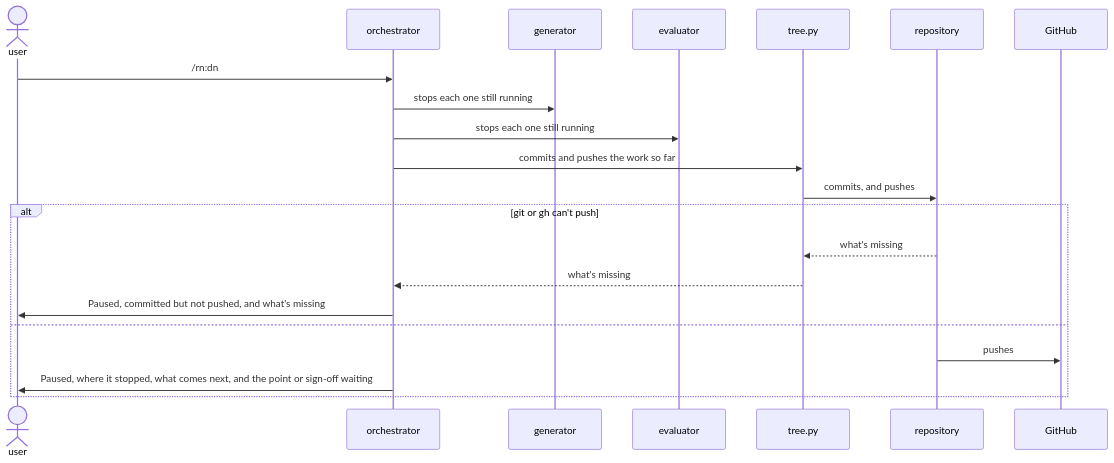
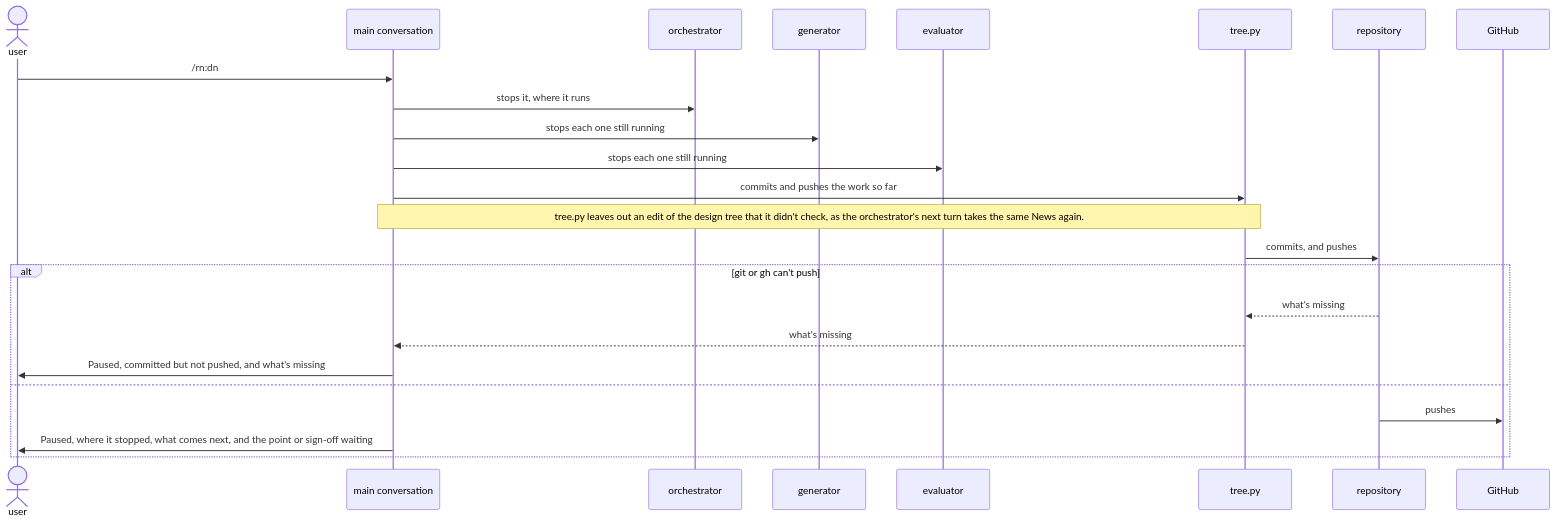
The fourth of 6 diagrams in dev/rn/architecture.md (lovaizu/ccpm), drawn with Mermaid before and after one commit. The commit also changed other lines of this file and 4 other files, not shown here.

````diff
--- a/dev/rn/architecture.md
+++ b/dev/rn/architecture.md
@@ -350,23 +342,26 @@
 ```mermaid
 sequenceDiagram
   actor U as user
+  participant M as main conversation
   participant O as orchestrator
   participant G as generator
   participant E as evaluator
   participant T as tree.py
   participant RP as repository
   participant GH as GitHub
-  U->>O: /rn:dn
-  O->>G: stops each one still running
-  O->>E: stops each one still running
-  O->>T: commits and pushes the work so far
+  U->>M: /rn:dn
+  M->>O: stops it, where it runs
+  M->>G: stops each one still running
+  M->>E: stops each one still running
+  M->>T: commits and pushes the work so far
+  Note over M,T: tree.py leaves out an edit of the design tree that it didn't check, as the orchestrator's next turn takes the same News again.
   T->>RP: commits, and pushes
   alt git or gh can't push
     RP-->>T: what's missing
-    T-->>O: what's missing
-    O->>U: Paused, committed but not pushed, and what's missing
+    T-->>M: what's missing
+    M->>U: Paused, committed but not pushed, and what's missing
   else
     RP->>GH: pushes
-    O->>U: Paused, where it stopped, what comes next, and the point or sign-off waiting
+    M->>U: Paused, where it stopped, what comes next, and the point or sign-off waiting
   end
 ```
````
